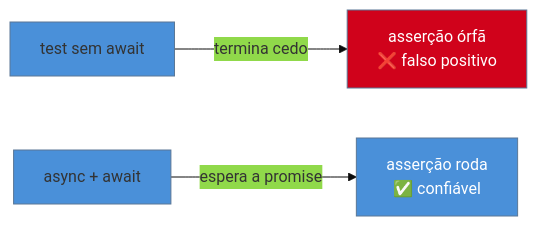
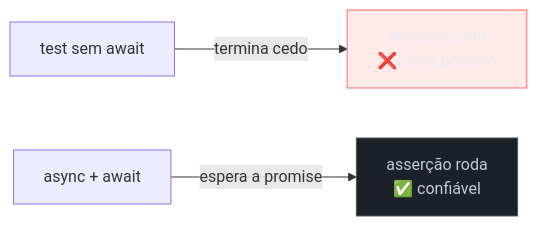
Before and after one commit to josenaldo/codex-technomanticus: the diagram in 03-Dominios/Tecnologia/Testes JS/05 - Testando código assíncrono.md, drawn with Mermaid. The commit also changed 1181 other files, not shown here.

First line of the commit message:
fix(diagramas): paleta do sistema no lugar de cor cravada no markdown

````diff
--- a/03-Dominios/Tecnologia/Testes JS/05 - Testando código assíncrono.md
+++ b/03-Dominios/Tecnologia/Testes JS/05 - Testando código assíncrono.md
@@ -58,8 +58,9 @@
 ```mermaid
-%%{init: {"theme": "base", "themeVariables": {"primaryColor": "#4A90D9"}}}%%
 graph LR
+    classDef falha fill:#FF6B6B24,stroke:#FF6B6B,color:#E9ECF2
+    classDef neutro fill:#1B2029,stroke:#4E5666,color:#C6CCD8
     A["test sem await"] -->|termina cedo| B["asserção órfã<br/>❌ falso positivo"]
     C["async + await"] -->|espera a promise| D["asserção roda<br/>✅ confiável"]
-    style B fill:#D0021B,color:#fff
-    style D fill:#4A90D9,color:#fff
+    class B falha
+    class D neutro
 ```
````
